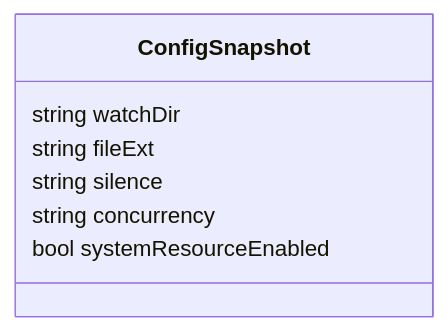
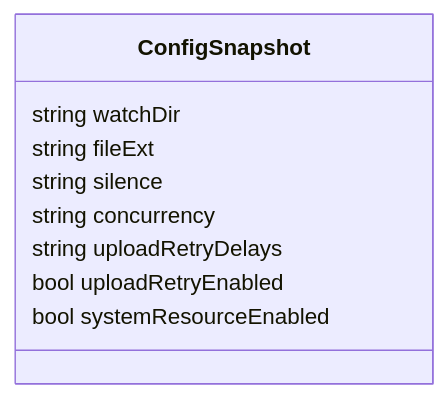
Before and after one commit to VioletEvergardenZz/GoWatchFile: the tenth of 15 diagrams in docs/state-types-visual.md, drawn with Mermaid. The commit also changed other lines of this file and 29 other files, not shown here.

````diff
--- a/docs/state-types-visual.md
+++ b/docs/state-types-visual.md
@@ -190,10 +190,12 @@
 ```mermaid
 classDiagram
 class ConfigSnapshot {
   string watchDir
   string fileExt
   string silence
   string concurrency
+  string uploadRetryDelays
+  bool uploadRetryEnabled
   bool systemResourceEnabled
 }
 ```
````
